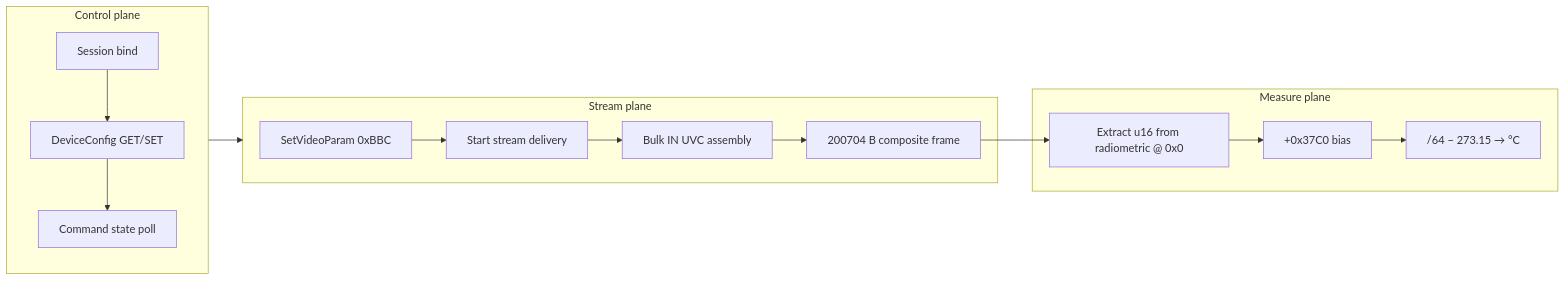
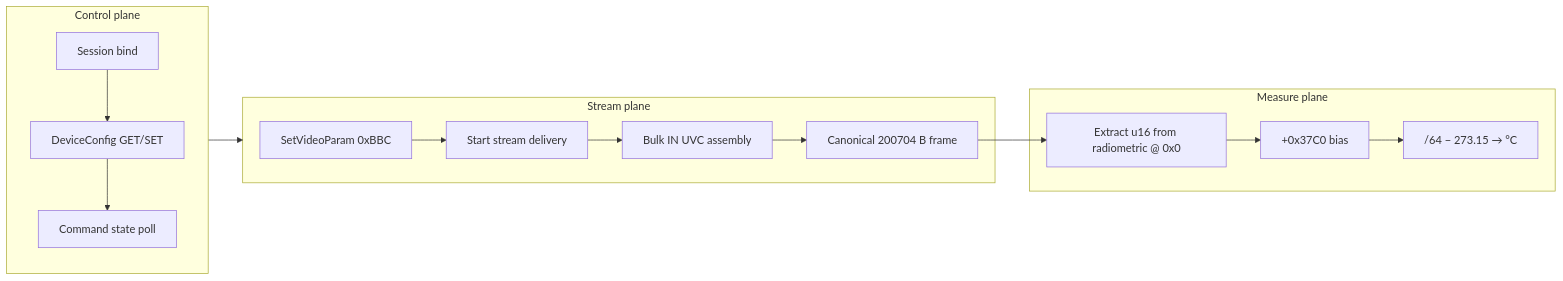
The diagram in MasterThermoDocs/01_Overview.md (3ricj/IRPanoView), drawn with Mermaid before and after one commit. The commit also changed other lines of this file and 9 other files, not shown here.

````diff
--- a/MasterThermoDocs/01_Overview.md
+++ b/MasterThermoDocs/01_Overview.md
@@ -17,18 +17,18 @@
 ```mermaid
 flowchart LR
   subgraph control [Control plane]
     A[Session bind] --> B[DeviceConfig GET/SET]
     B --> C[Command state poll]
   end
   subgraph stream [Stream plane]
     D[SetVideoParam 0xBBC] --> E[Start stream delivery]
     E --> F[Bulk IN UVC assembly]
-    F --> G[200704 B composite frame]
+    F --> G[Canonical 200704 B frame]
   end
   subgraph measure [Measure plane]
     G --> H[Extract u16 from radiometric @ 0x0]
     H --> I["+0x37C0 bias"]
     I --> J["/64 − 273.15 → °C"]
   end
   control --> stream
 ```
````
